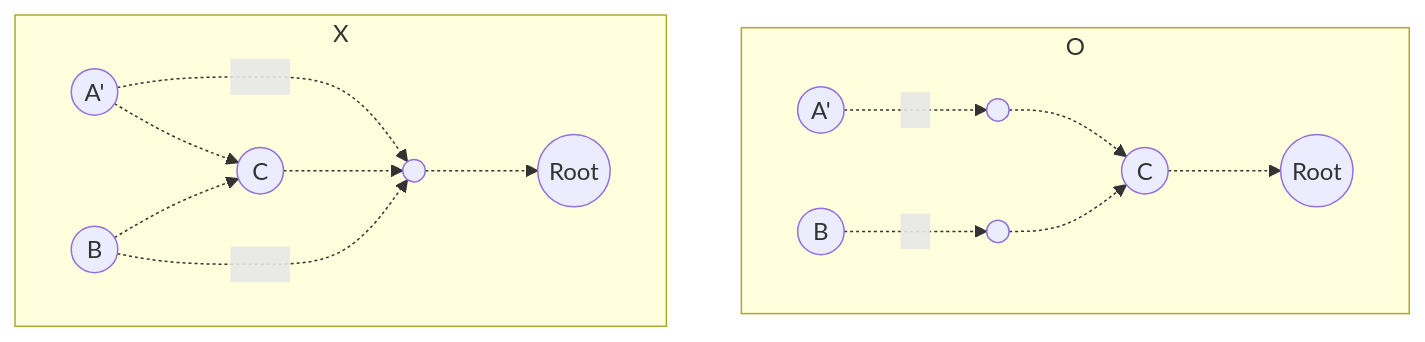
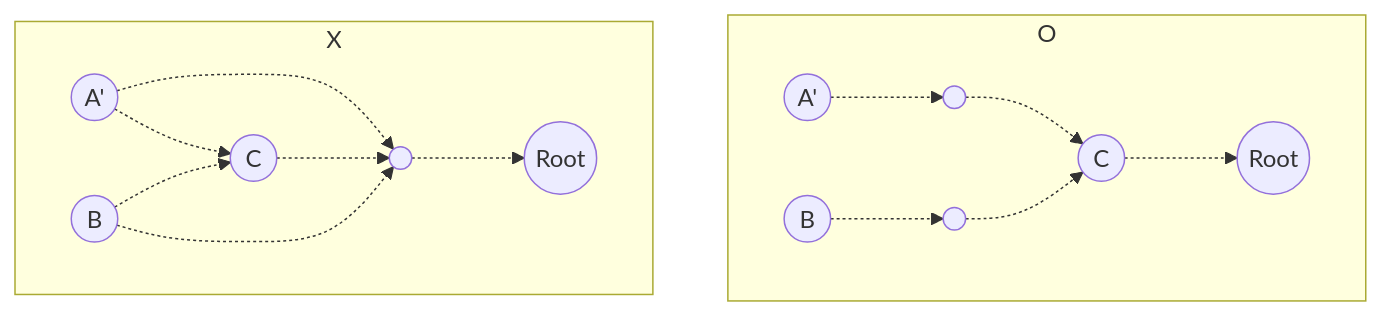
The fourth of 6 diagrams in _posts/2024-01-20-lca.md (CHOYUNSIG/algorithm_with_boj), drawn with Mermaid before and after one commit. The commit also changed other lines of this file and 3 other files, not shown here.

```diff
--- a/_posts/2024-01-20-lca.md
+++ b/_posts/2024-01-20-lca.md
@@ -119,34 +119,34 @@
 <pre class="mermaid">
     graph TD
 
     subgraph O
         direction LR
-        Ap1 -. <span class="mathjax mj1" style="display: inline-block; width: 20px"></span> .-> node1
-        B1 -. <span class="mathjax mj2" style="display: inline-block; width: 20px"></span> .-> node2
+        Ap1 -. <span class="mathjax mj1"></span> .-> node1
+        B1 -. <span class="mathjax mj2"></span> .-> node2
         node1 -.-> C1
         node2 -.-> C1
         C1 -.-> root1
     end
 
     subgraph X
         direction LR
         Ap2 -.-> C2
         B2 -.-> C2
-        Ap2 -. <span class="mathjax mj3" style="display: inline-block; width: 40px"></span> .-> node3
+        Ap2 -. <span class="mathjax mj3"></span> .-> node3
         C2 -.-> node3
-        B2 -. <span class="mathjax mj4" style="display: inline-block; width: 40px"></span> .-> node3
+        B2 -. <span class="mathjax mj4"></span> .-> node3
         node3 -.-> root2
     end
 
     Ap1(("<span style="display: inline-block; width: 1em">A'</span>"))
     Ap2(("<span style="display: inline-block; width: 1em">A'</span>"))
     B1(("<span style="display: inline-block; width: 1em">B</span>"))
     B2(("<span style="display: inline-block; width: 1em">B</span>"))
     C1(("<span style="display: inline-block; width: 1em">C</span>"))
     C2(("<span style="display: inline-block; width: 1em">C</span>"))
     root1((Root))
     root2((Root))
     node1(( ))
     node2(( ))
     node3(( ))
 </pre>
```
